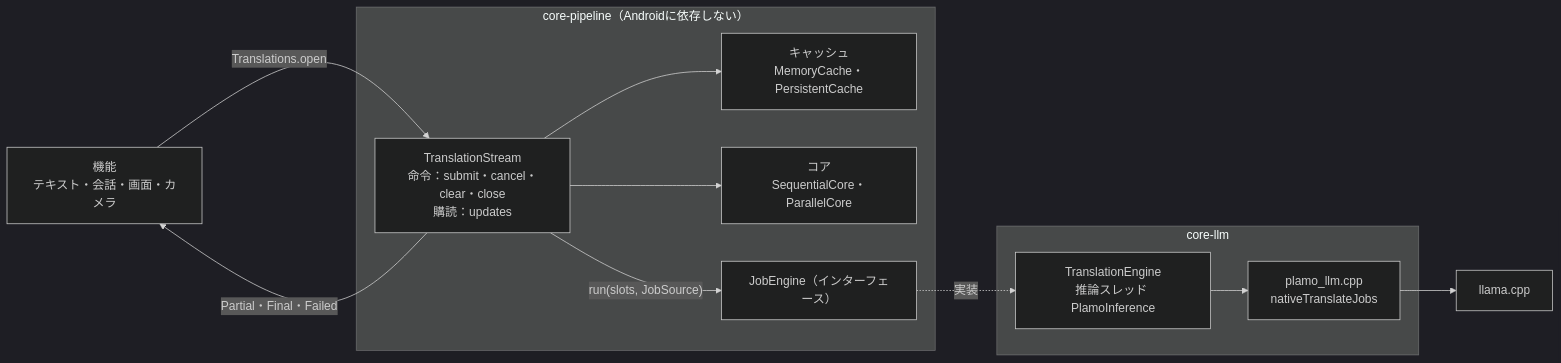
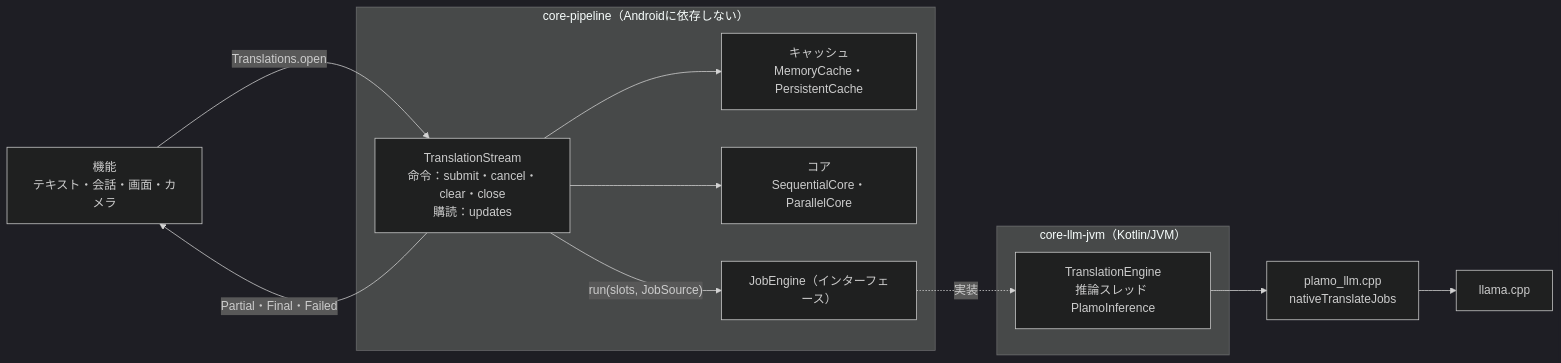
One commit to kagerouttepaso/PlamoTranslate changed the diagram in docs/設計/翻訳コア.md. Above: the diagram before and after it, drawn with Mermaid (dark theme). The commit also changed other lines of this file and 9 other files, not shown here.

````diff
--- a/docs/設計/翻訳コア.md
+++ b/docs/設計/翻訳コア.md
@@ -9,19 +9,19 @@
 ```mermaid
 flowchart LR
   F["機能<br>テキスト・会話・画面・カメラ"] -- "Translations.open" --> TS
   subgraph CP["core-pipeline（Androidに依存しない）"]
     TS["TranslationStream<br>命令：submit・cancel・clear・close<br>購読：updates"]
     M["キャッシュ<br>MemoryCache・PersistentCache"]
     C["コア<br>SequentialCore・ParallelCore"]
     JE["JobEngine（インターフェース）"]
   end
-  subgraph LL["core-llm"]
+  subgraph LL["core-llm-jvm（Kotlin/JVM）"]
     TE["TranslationEngine<br>推論スレッド PlamoInference"]
-    N["plamo_llm.cpp<br>nativeTranslateJobs"]
   end
+  N["plamo_llm.cpp<br>nativeTranslateJobs"]
   TS --> M
   TS --> C
   TS -- "run(slots, JobSource)" --> JE
   JE -. 実装 .-> TE --> N --> L["llama.cpp"]
   TS -- "Partial・Final・Failed" --> F
 ```
````
